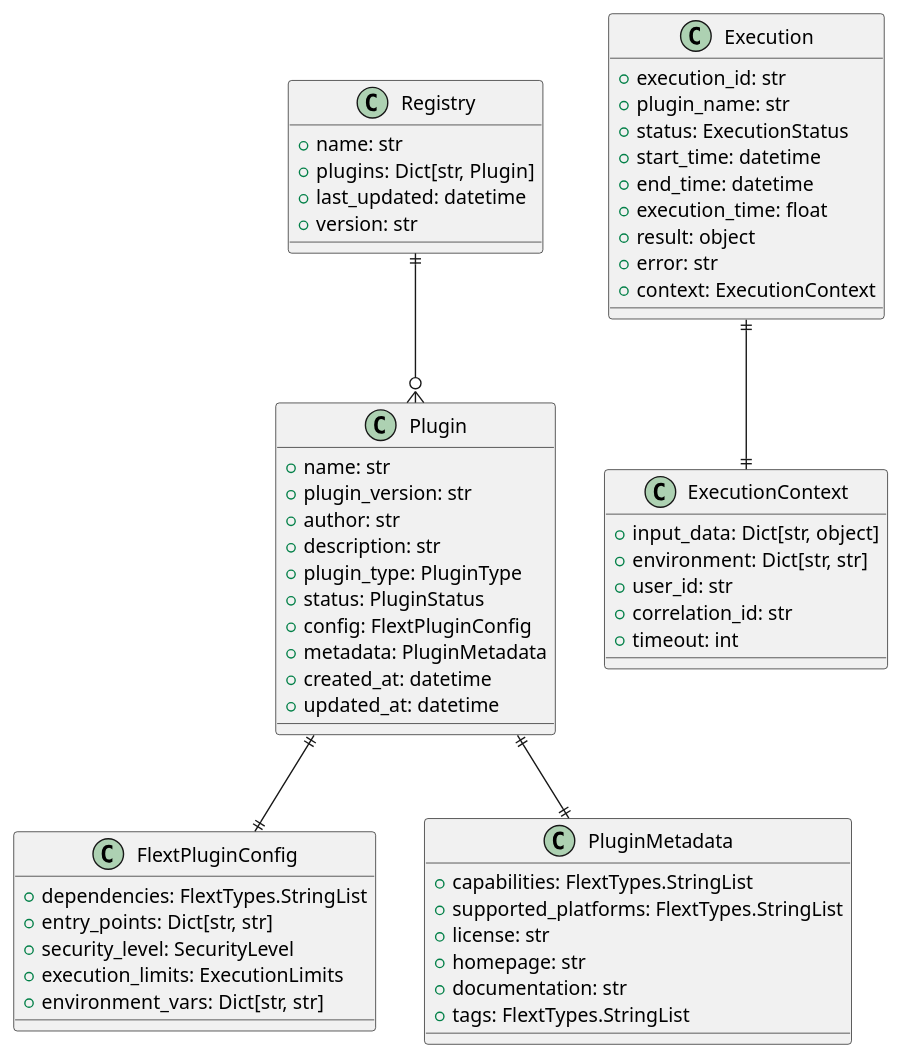
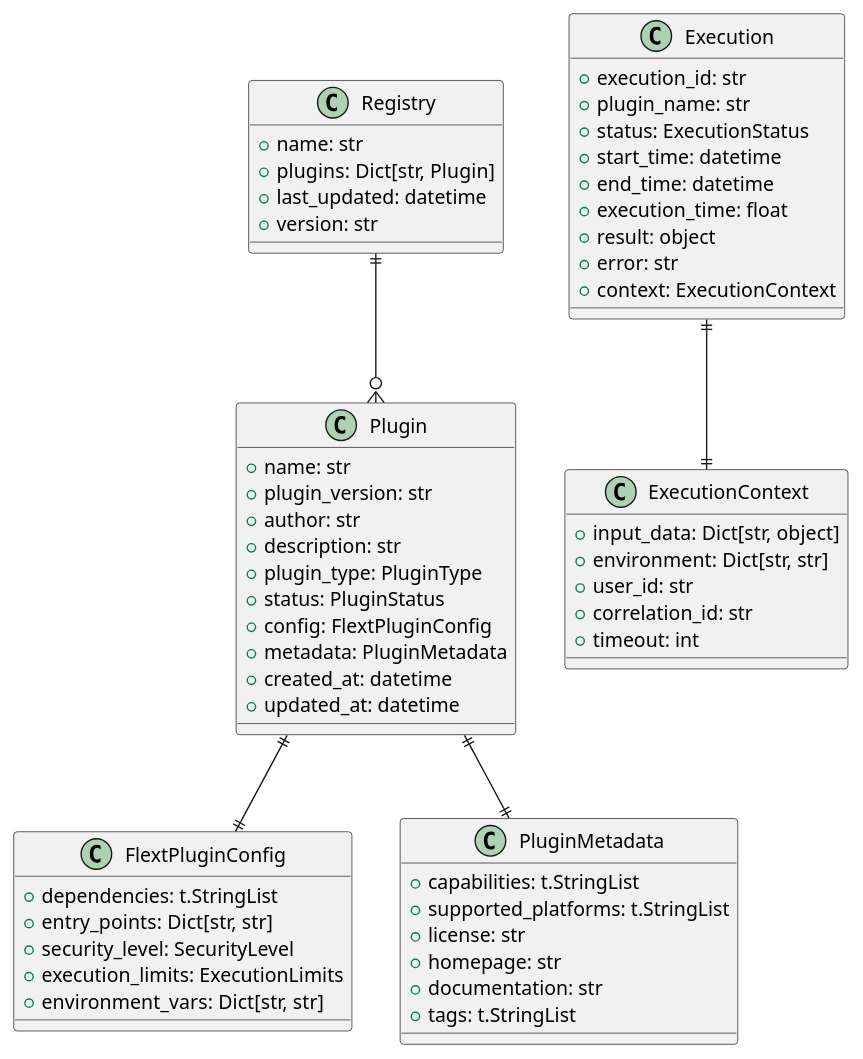
Before and after one commit to flext-sh/flext-plugin: the first of 4 diagrams in docs/architecture/data.md, drawn with PlantUML. The commit also changed other lines of this file and 20 other files, not shown here.

````diff
--- a/docs/architecture/data.md
+++ b/docs/architecture/data.md
@@ -25,65 +25,65 @@
 ```plantuml
 @startuml Data Model Hierarchy
 class Plugin {
     +name: str
     +plugin_version: str
     +author: str
     +description: str
     +plugin_type: PluginType
     +status: PluginStatus
     +config: FlextPluginConfig
     +metadata: PluginMetadata
     +created_at: datetime
     +updated_at: datetime
 }
 
 class FlextPluginConfig {
-    +dependencies: FlextTypes.StringList
+    +dependencies: t.StringList
     +entry_points: Dict[str, str]
     +security_level: SecurityLevel
     +execution_limits: ExecutionLimits
     +environment_vars: Dict[str, str]
 }
 
 class PluginMetadata {
-    +capabilities: FlextTypes.StringList
-    +supported_platforms: FlextTypes.StringList
+    +capabilities: t.StringList
+    +supported_platforms: t.StringList
     +license: str
     +homepage: str
     +documentation: str
-    +tags: FlextTypes.StringList
+    +tags: t.StringList
 }
 
 class Execution {
     +execution_id: str
     +plugin_name: str
     +status: ExecutionStatus
     +start_time: datetime
     +end_time: datetime
     +execution_time: float
     +result: object
     +error: str
     +context: ExecutionContext
 }
 
 class ExecutionContext {
     +input_data: Dict[str, object]
     +environment: Dict[str, str]
     +user_id: str
     +correlation_id: str
     +timeout: int
 }
 
 class Registry {
     +name: str
     +plugins: Dict[str, Plugin]
     +last_updated: datetime
     +version: str
 }
 
 Plugin ||--|| FlextPluginConfig
 Plugin ||--|| PluginMetadata
 Execution ||--|| ExecutionContext
 Registry ||--o{ Plugin
 @enduml
 ```
````
